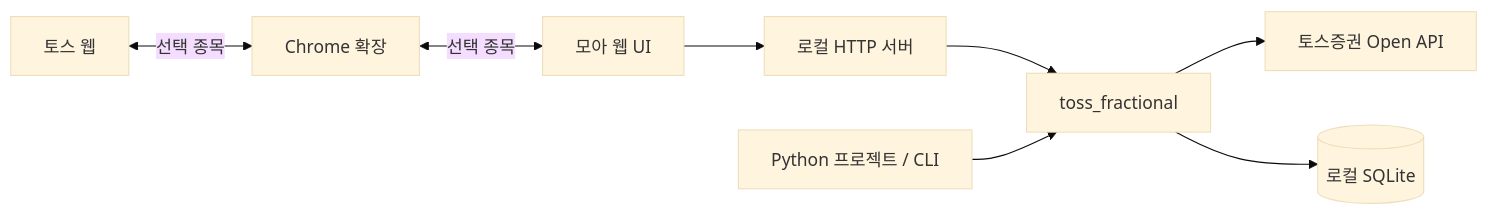
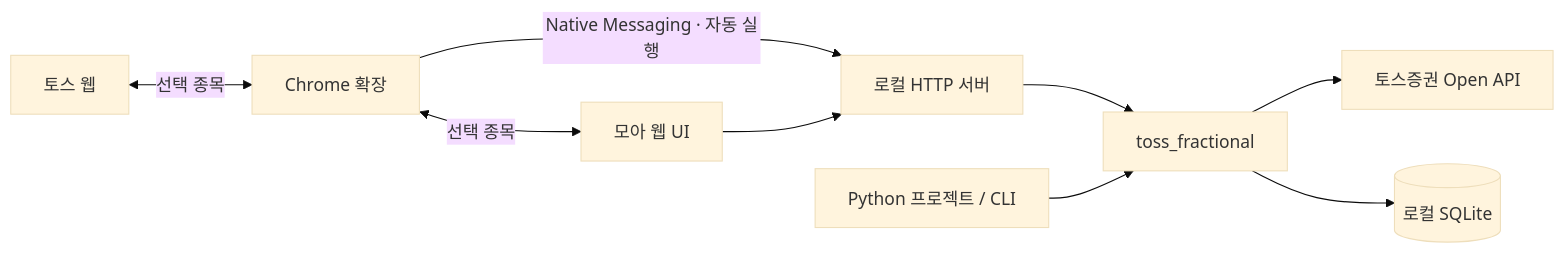
One commit to haetae8554/moa-invest changed the diagram in README.md. Above: the diagram before and after it, drawn with Mermaid (base theme). The commit also changed other lines of this file and 21 other files, not shown here.

````diff
--- a/README.md
+++ b/README.md
@@ -120,10 +123,11 @@
 ```mermaid
 flowchart LR
     T[토스 웹] <-->|선택 종목| E[Chrome 확장]
+    E -->|Native Messaging · 자동 실행| H
     E <-->|선택 종목| U[모아 웹 UI]
     U --> H[로컬 HTTP 서버]
     H --> M[toss_fractional]
     P[Python 프로젝트 / CLI] --> M
     M --> A[토스증권 Open API]
     M --> D[(로컬 SQLite)]
 ```
````
